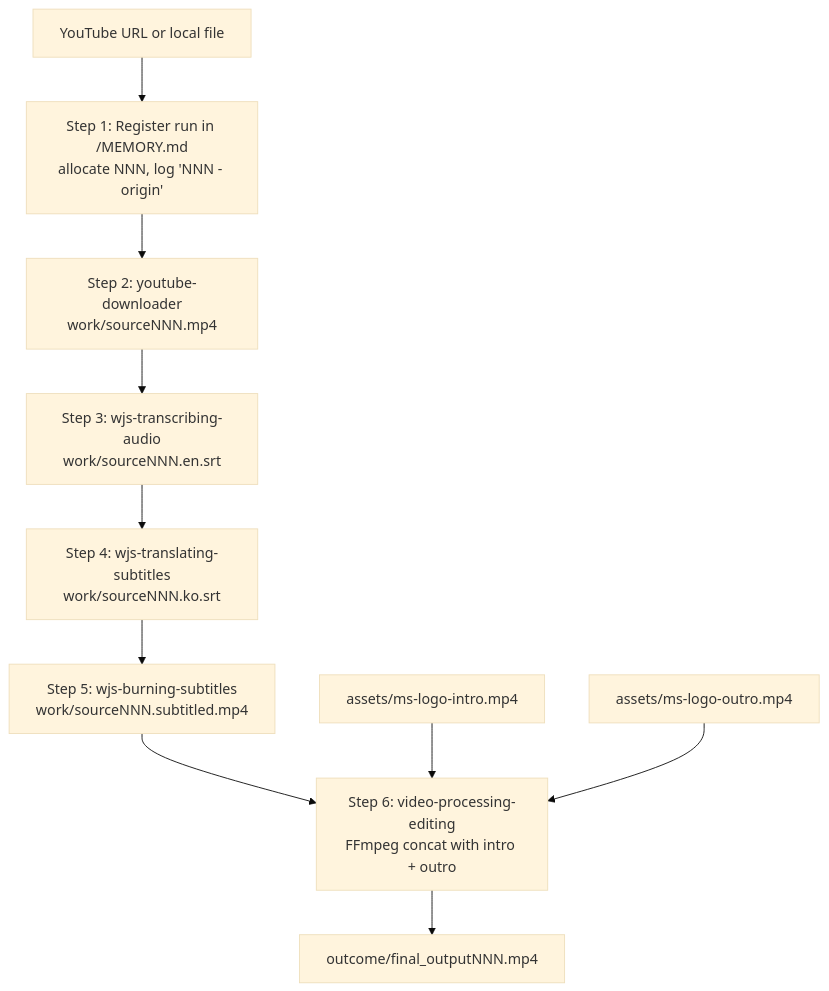
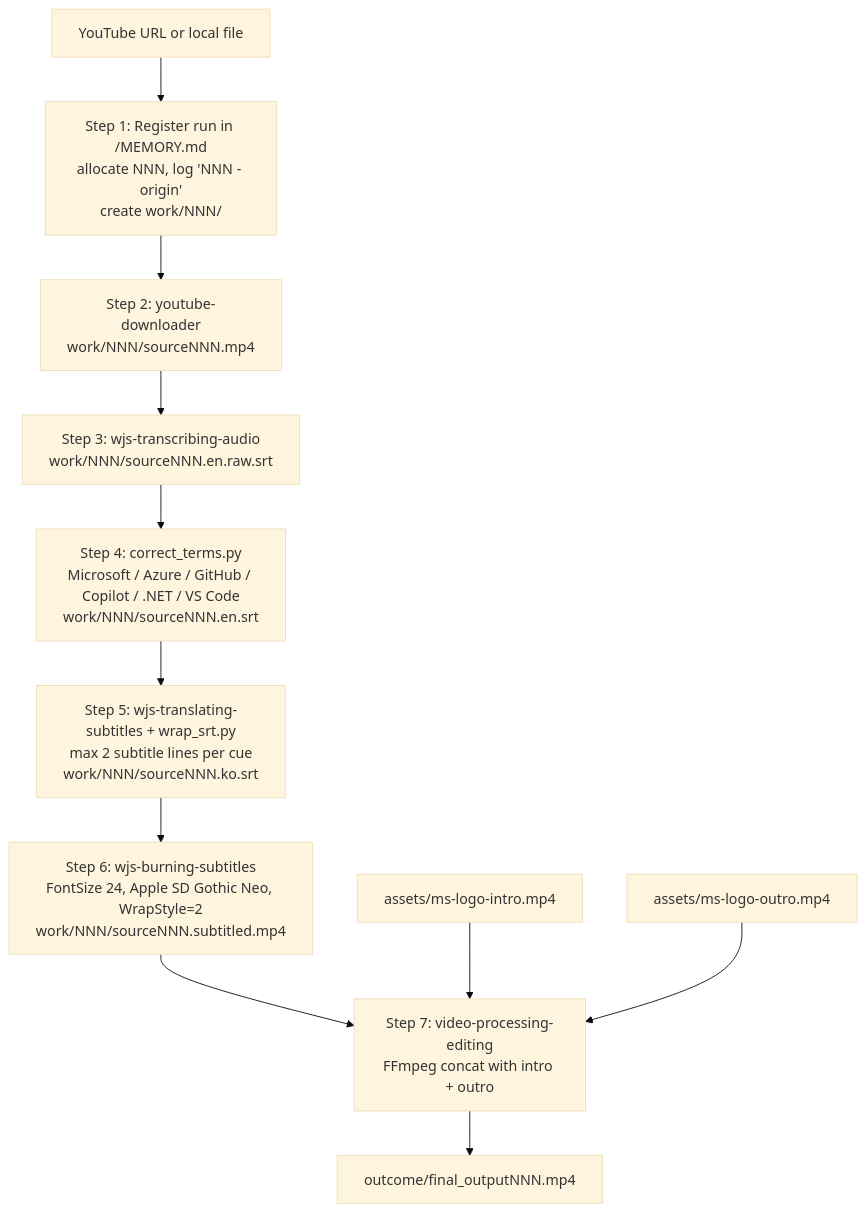
Before and after one commit to bedro96/youtube-video-clip-editing: the diagram in README.md, drawn with Mermaid (base theme). The commit also changed other lines of this file and 8 other files, not shown here.

````diff
--- a/README.md
+++ b/README.md
@@ -40,12 +40,13 @@
 ```mermaid
 flowchart TD
-    A[YouTube URL or local file] --> B[Step 1: Register run in /MEMORY.md<br/>allocate NNN, log 'NNN - origin']
-    B --> C[Step 2: youtube-downloader<br/>work/sourceNNN.mp4]
-    C --> D[Step 3: wjs-transcribing-audio<br/>work/sourceNNN.en.srt]
-    D --> E[Step 4: wjs-translating-subtitles<br/>work/sourceNNN.ko.srt]
-    E --> F[Step 5: wjs-burning-subtitles<br/>work/sourceNNN.subtitled.mp4]
-    F --> G[Step 6: video-processing-editing<br/>FFmpeg concat with intro + outro]
-    H[assets/ms-logo-intro.mp4] --> G
-    I[assets/ms-logo-outro.mp4] --> G
-    G --> J[outcome/final_outputNNN.mp4]
+    A[YouTube URL or local file] --> B[Step 1: Register run in /MEMORY.md<br/>allocate NNN, log 'NNN - origin'<br/>create work/NNN/]
+    B --> C[Step 2: youtube-downloader<br/>work/NNN/sourceNNN.mp4]
+    C --> D[Step 3: wjs-transcribing-audio<br/>work/NNN/sourceNNN.en.raw.srt]
+    D --> E[Step 4: correct_terms.py<br/>Microsoft / Azure / GitHub / Copilot / .NET / VS Code<br/>work/NNN/sourceNNN.en.srt]
+    E --> F[Step 5: wjs-translating-subtitles + wrap_srt.py<br/>max 2 subtitle lines per cue<br/>work/NNN/sourceNNN.ko.srt]
+    F --> G[Step 6: wjs-burning-subtitles<br/>FontSize 24, Apple SD Gothic Neo, WrapStyle=2<br/>work/NNN/sourceNNN.subtitled.mp4]
+    G --> H[Step 7: video-processing-editing<br/>FFmpeg concat with intro + outro]
+    I[assets/ms-logo-intro.mp4] --> H
+    J[assets/ms-logo-outro.mp4] --> H
+    H --> K[outcome/final_outputNNN.mp4]
 ```
````
